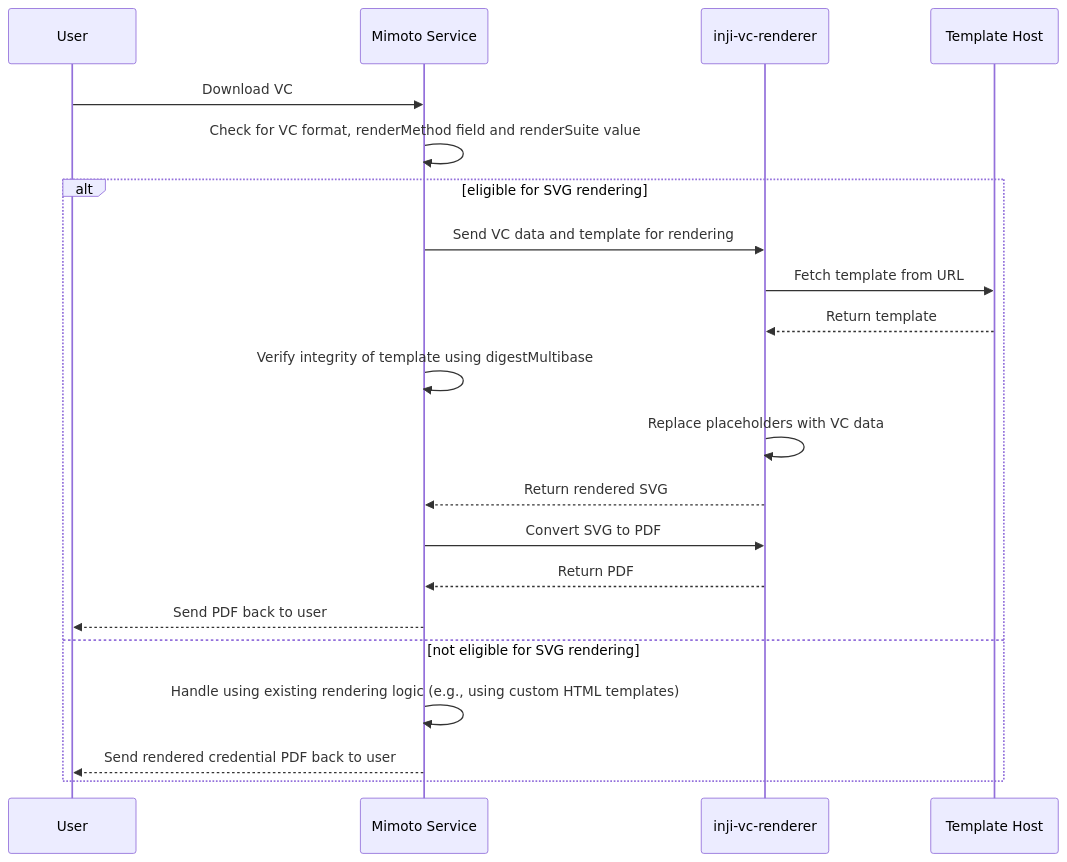
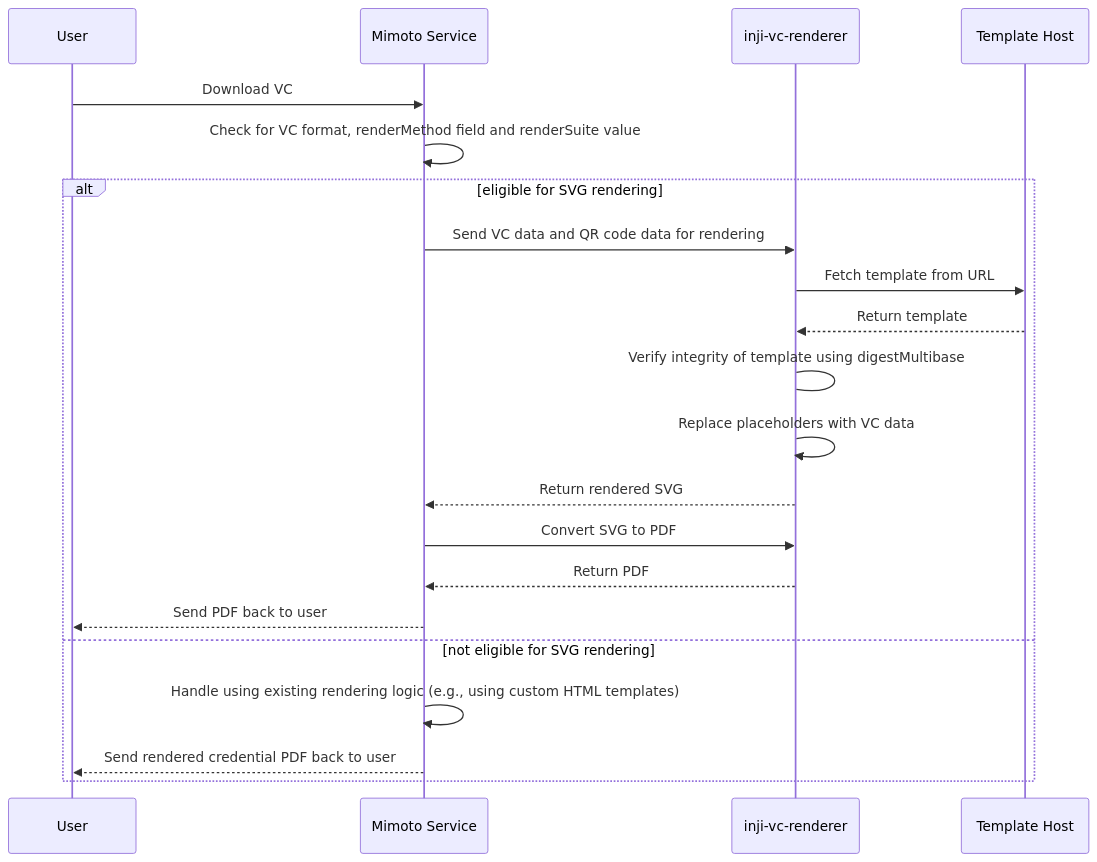
Before and after one commit to inji/mimoto: the diagram in docs/SVGRenderingIntegrationGuide.md, drawn with Mermaid. The commit also changed other lines of this file, not shown here.

Commit message:
[INJIWEB-1823] Fix issues with SVG rendering documentation

````diff
--- a/docs/SVGRenderingIntegrationGuide.md
+++ b/docs/SVGRenderingIntegrationGuide.md
@@ -30,24 +29,24 @@
-```mermaid
-sequenceDiagram
-    participant User
-    participant Mimoto Service
-    participant inji-vc-renderer 
-    participant Template Host
-    
-    User->>Mimoto Service: Download VC
-    Mimoto Service->>Mimoto Service: Check for VC format, renderMethod field and renderSuite value
-    alt eligible for SVG rendering
-        Mimoto Service->>inji-vc-renderer: Send VC data and template for rendering
-        inji-vc-renderer->>Template Host: Fetch template from URL
-        Template Host-->>inji-vc-renderer: Return template
-        Mimoto Service->>Mimoto Service: Verify integrity of template using digestMultibase
-        inji-vc-renderer->>inji-vc-renderer: Replace placeholders with VC data
-        inji-vc-renderer-->>Mimoto Service: Return rendered SVG
-        Mimoto Service->>inji-vc-renderer: Convert SVG to PDF
-        inji-vc-renderer-->>Mimoto Service: Return PDF
-        Mimoto Service-->>User: Send PDF back to user
-    else not eligible for SVG rendering
-        Mimoto Service->>Mimoto Service: Handle using existing rendering logic (e.g., using custom HTML templates)
-        Mimoto Service-->>User: Send rendered credential PDF back to user
-    end
-```
+    ```mermaid
+    sequenceDiagram
+        participant User
+        participant Mimoto Service
+        participant inji-vc-renderer 
+        participant Template Host
+        
+        User->>Mimoto Service: Download VC
+        Mimoto Service->>Mimoto Service: Check for VC format, renderMethod field and renderSuite value
+        alt eligible for SVG rendering
+            Mimoto Service->>inji-vc-renderer: Send VC data and QR code data for rendering
+            inji-vc-renderer->>Template Host: Fetch template from URL
+            Template Host-->>inji-vc-renderer: Return template
+            inji-vc-renderer->inji-vc-renderer: Verify integrity of template using digestMultibase
+            inji-vc-renderer->>inji-vc-renderer: Replace placeholders with VC data
+            inji-vc-renderer-->>Mimoto Service: Return rendered SVG
+            Mimoto Service->>inji-vc-renderer: Convert SVG to PDF
+            inji-vc-renderer-->>Mimoto Service: Return PDF
+            Mimoto Service-->>User: Send PDF back to user
+        else not eligible for SVG rendering
+            Mimoto Service->>Mimoto Service: Handle using existing rendering logic (e.g., using custom HTML templates)
+            Mimoto Service-->>User: Send rendered credential PDF back to user
+        end
+    ```
````
